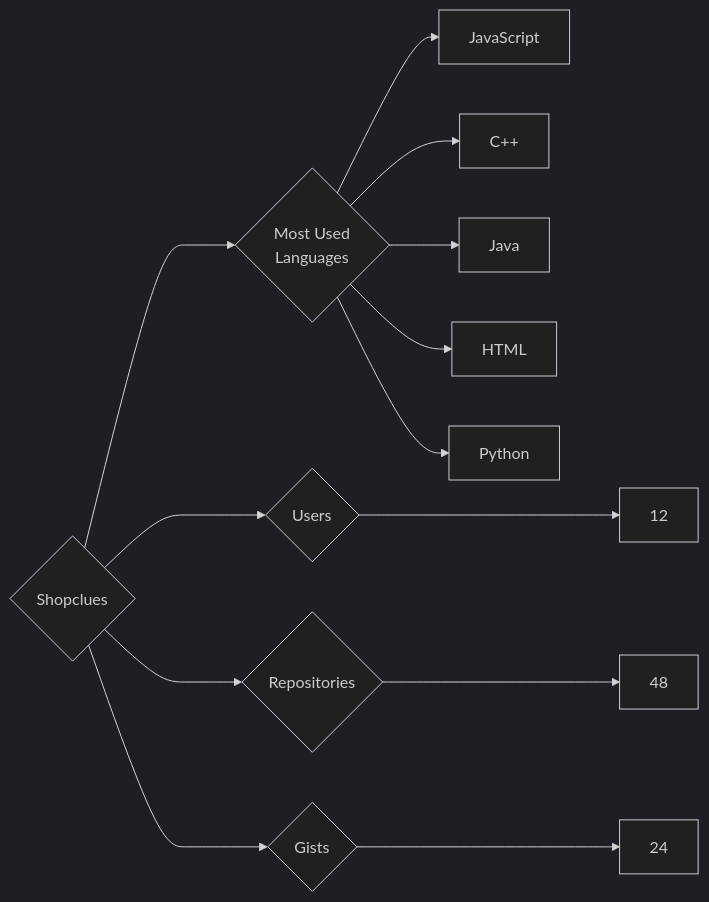
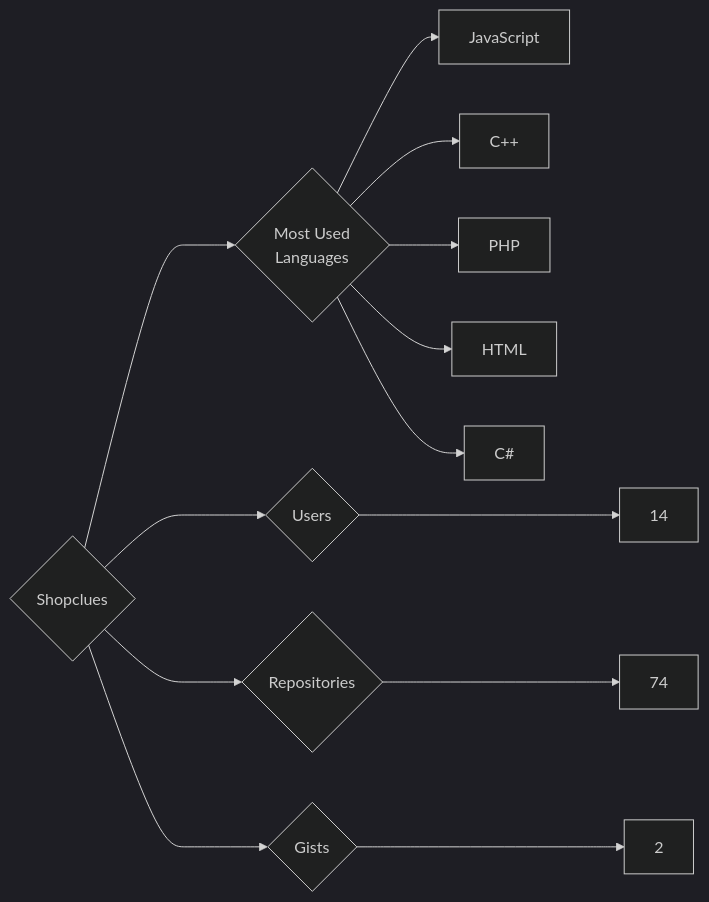
Before and after one commit to trickest/insiders: the diagram in targets/Shopclues/README.md, drawn with Mermaid (dark theme). The commit also changed 871 other files, not shown here.

````diff
--- a/targets/Shopclues/README.md
+++ b/targets/Shopclues/README.md
@@ -3,13 +3,13 @@
 ```mermaid
 graph LR
 COMPANY_NAME{Shopclues}
-COMPANY_NAME ---> U{Users} ---> UN[12]
-COMPANY_NAME ---> R{Repositories} ---> RN[48]
-COMPANY_NAME ---> G{Gists} ---> GN[24]
+COMPANY_NAME ---> U{Users} ---> UN[14]
+COMPANY_NAME ---> R{Repositories} ---> RN[74]
+COMPANY_NAME ---> G{Gists} ---> GN[2]
 COMPANY_NAME ---> ML{Most Used<br>Languages}
 ML --> JavaScript[JavaScript]
 ML --> C++[C++]
-ML --> Java[Java]
+ML --> PHP[PHP]
 ML --> HTML[HTML]
-ML --> Python[Python]
+ML --> C#[C#]
 ```
````
